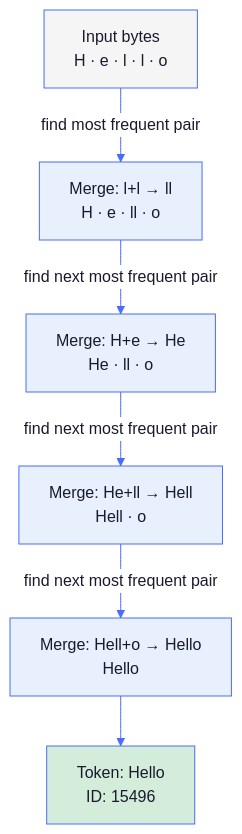
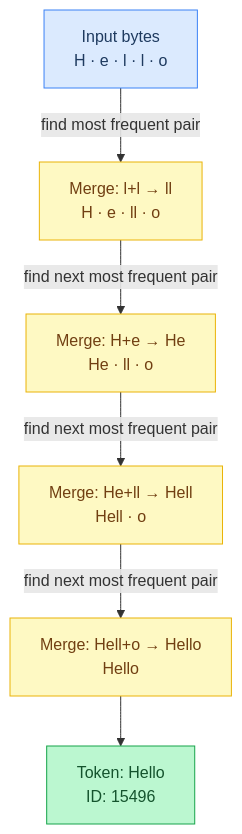
Before and after one commit to maci0/agave: the second of 7 diagrams in docs/tutorial/01-tokens-and-text.md, drawn with Mermaid. The commit also changed other lines of this file and 24 other files, not shown here.

First line of the commit message:
docs: convert all mermaid diagrams to classDef semantic colors

````diff
--- a/docs/tutorial/01-tokens-and-text.md
+++ b/docs/tutorial/01-tokens-and-text.md
@@ -49,25 +48,22 @@
 ```mermaid
-%%{init: {'theme': 'base', 'themeVariables': {
-  'primaryColor': '#e8f0fe',
-  'primaryTextColor': '#1a1a2e',
-  'primaryBorderColor': '#4a6cf7',
-  'lineColor': '#4a6cf7',
-  'secondaryColor': '#f0f4ff',
-  'tertiaryColor': '#f8f9ff',
-  'edgeLabelBackground': '#ffffff',
-  'clusterBkg': '#f0f4ff',
-  'clusterBorder': '#4a6cf7',
-  'titleColor': '#1a1a2e',
-  'nodeTextColor': '#1a1a2e',
-  'fontFamily': 'ui-monospace, SFMono-Regular, monospace'
-}}}%%
 flowchart TD
-    Start["Input bytes\nH · e · l · l · o"] -->|"find most frequent pair"| S1["Merge: l+l → ll\nH · e · ll · o"]
-    S1 -->|"find next most frequent pair"| S2["Merge: H+e → He\nHe · ll · o"]
-    S2 -->|"find next most frequent pair"| S3["Merge: He+ll → Hell\nHell · o"]
-    S3 -->|"find next most frequent pair"| S4["Merge: Hell+o → Hello\nHello"]
-    S4 --> Done["Token: Hello\nID: 15496"]
+    classDef setup     fill:#dbeafe,stroke:#3b82f6,color:#1e3a5f
+    classDef sync      fill:#dcfce7,stroke:#22c55e,color:#14532d
+    classDef migration fill:#fef9c3,stroke:#eab308,color:#713f12
+    classDef success   fill:#bbf7d0,stroke:#16a34a,color:#14532d
+    classDef danger    fill:#fee2e2,stroke:#ef4444,color:#7f1d1d
+    classDef optional  fill:#f3e8ff,stroke:#9333ea,color:#581c87
 
-    style Start fill:#f5f5f5
-    style Done fill:#d4edda
+    Start["Input bytes\nH · e · l · l · o"]:::setup
+    S1["Merge: l+l → ll\nH · e · ll · o"]:::migration
+    S2["Merge: H+e → He\nHe · ll · o"]:::migration
+    S3["Merge: He+ll → Hell\nHell · o"]:::migration
+    S4["Merge: Hell+o → Hello\nHello"]:::migration
+    Done["Token: Hello\nID: 15496"]:::success
+
+    Start -->|"find most frequent pair"| S1
+    S1 -->|"find next most frequent pair"| S2
+    S2 -->|"find next most frequent pair"| S3
+    S3 -->|"find next most frequent pair"| S4
+    S4 --> Done
 ```
````
